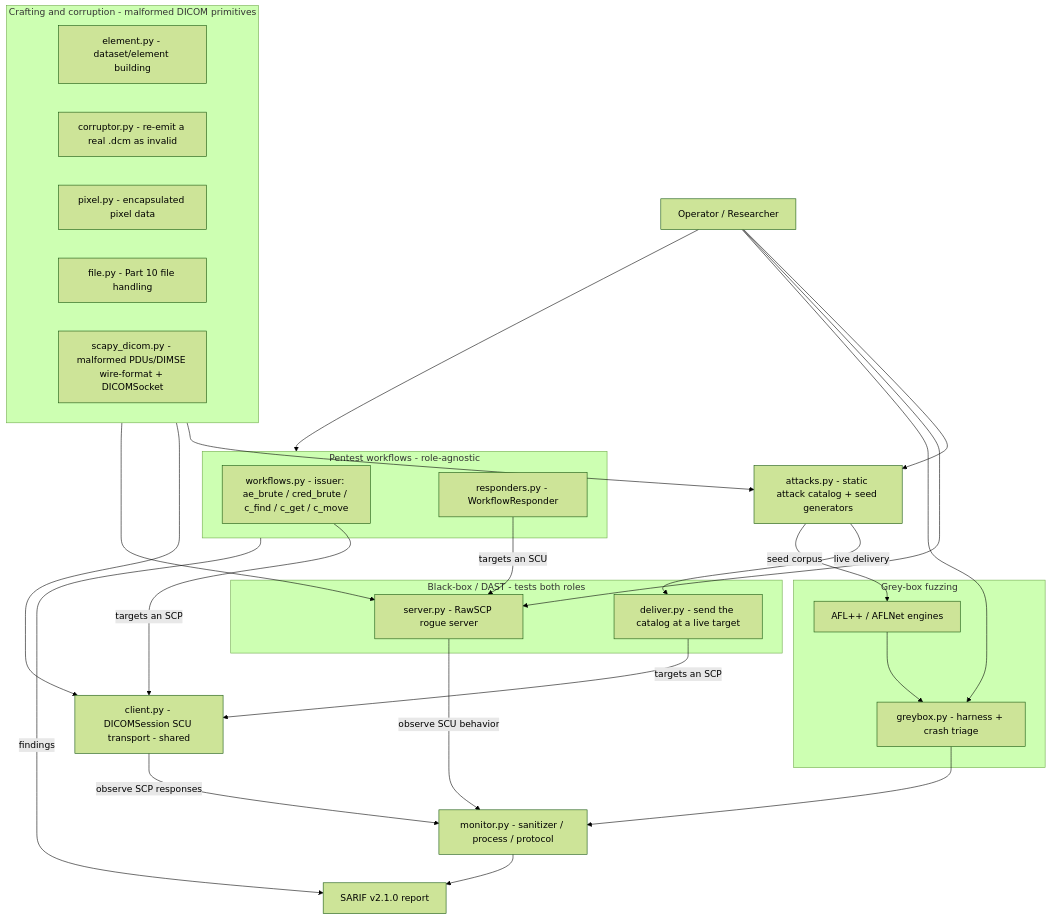
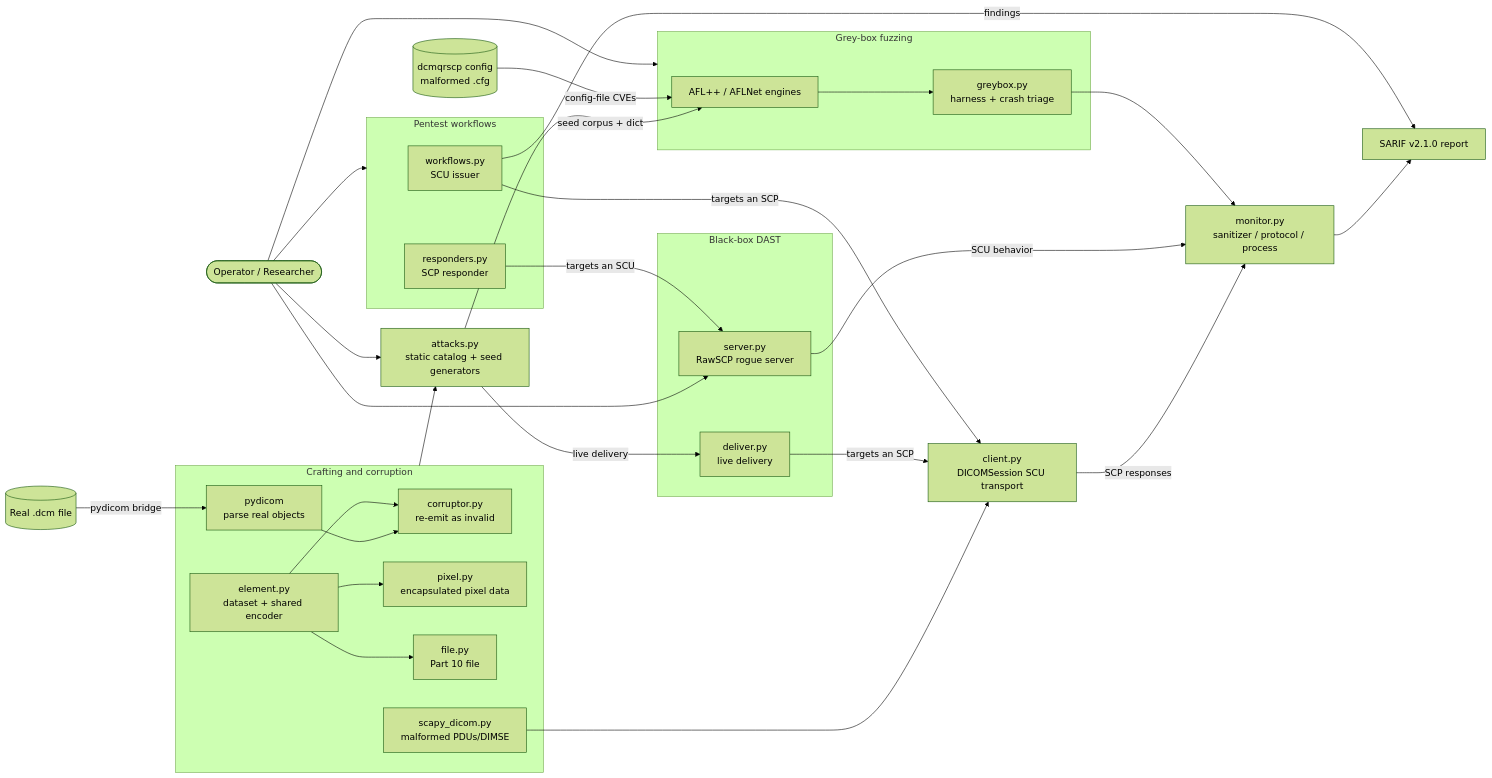
The diagram in README.md (tmart234/C-SCARE), drawn with Mermaid (forest theme) before and after one commit. The commit also changed other lines of this file and 19 other files, not shown here.

````diff
--- a/README.md
+++ b/README.md
@@ -26,63 +30,61 @@
 ```mermaid
-flowchart TD
-    USER[Operator / Researcher]
+flowchart LR
+    OP([Operator / Researcher])
 
-    subgraph CRAFT [Crafting and corruption - malformed DICOM primitives]
-        ELEMENT[element.py - dataset/element building]
-        CORRUPTOR[corruptor.py - re-emit a real .dcm as invalid]
-        PIXEL[pixel.py - encapsulated pixel data]
-        FILE[file.py - Part 10 file handling]
-        SCAPY[scapy_dicom.py - malformed PDUs/DIMSE wire-format + DICOMSocket]
+    %% ---- External inputs ----
+    REALDCM[(Real .dcm file)]
+    CFG[(dcmqrscp config<br/>malformed .cfg)]
+
+    %% ---- Crafting & corruption primitives ----
+    subgraph CRAFT [Crafting and corruption]
+        PYDICOM[pydicom<br/>parse real objects]
+        CORRUPTOR[corruptor.py<br/>re-emit as invalid]
+        ELEMENT[element.py<br/>dataset + shared encoder]
+        PIXEL[pixel.py<br/>encapsulated pixel data]
+        FILE[file.py<br/>Part 10 file]
+        SCAPY[scapy_dicom.py<br/>malformed PDUs/DIMSE]
+        PYDICOM --> CORRUPTOR
+        ELEMENT --> CORRUPTOR & PIXEL & FILE
     end
 
-    CATALOG[attacks.py - static attack catalog + seed generators]
-    CLIENT[client.py - DICOMSession SCU transport - shared]
+    REALDCM -->|pydicom bridge| PYDICOM
 
-    subgraph BLACKBOX [Black-box / DAST - tests both roles]
-        DELIVER[deliver.py - send the catalog at a live target]
-        SERVER[server.py - RawSCP rogue server]
+    CATALOG[attacks.py<br/>static catalog + seed generators]
+    CRAFT --> CATALOG
+
+    %% ---- Three testing pillars ----
+    subgraph WF [Pentest workflows]
+        ISSUER[workflows.py<br/>SCU issuer]
+        RESPONDER[responders.py<br/>SCP responder]
+    end
+    subgraph DAST [Black-box DAST]
+        DELIVER[deliver.py<br/>live delivery]
+        ROGUE[server.py<br/>RawSCP rogue server]
+    end
+    subgraph GB [Grey-box fuzzing]
+        AFL[AFL++ / AFLNet engines]
+        BRIDGE[greybox.py<br/>harness + crash triage]
     end
 
-    subgraph WORKFLOWS [Pentest workflows - role-agnostic]
-        ISSUER[workflows.py - issuer: ae_brute / cred_brute / c_find / c_get / c_move]
-        RESPONDER[responders.py - WorkflowResponder]
-    end
+    CLIENT[client.py<br/>DICOMSession SCU transport]
+    SCAPY --> CLIENT
 
-    subgraph GREYBOX [Grey-box fuzzing]
-        AFL[AFL++ / AFLNet engines]
-        GB[greybox.py - harness + crash triage]
-    end
+    OP --> CATALOG & WF & ROGUE & GB
+    CATALOG -->|live delivery| DELIVER
+    CATALOG -->|seed corpus + dict| AFL
+    CFG -->|config-file CVEs| AFL
 
-    MONITOR[monitor.py - sanitizer / process / protocol]
-    SARIF[SARIF v2.1.0 report]
+    %% Targeting a server (SCP): DAST delivery and issuer workflows share the
+    %% SCU transport; targeting a client (SCU): the rogue server.
+    DELIVER & ISSUER -->|targets an SCP| CLIENT
+    RESPONDER -->|targets an SCU| ROGUE
+    AFL --> BRIDGE
 
-    USER --> CATALOG
-    USER --> SERVER
-    USER --> WORKFLOWS
-    USER --> GB
-
-    %% Crafting/corruption underpins the catalog AND both wire endpoints
-    %% (the SCU transport and the rogue server) - not just one side.
-    CRAFT --> CATALOG
-    CRAFT --> CLIENT
-    CRAFT --> SERVER
-
-    CATALOG -->|live delivery| DELIVER
-    CATALOG -->|seed corpus| AFL
-
-    %% Targeting a server (SCP): DAST delivery and issuer workflows both
-    %% drive the shared SCU transport against an SCP.
-    DELIVER -->|targets an SCP| CLIENT
-    ISSUER -->|targets an SCP| CLIENT
-
-    %% Targeting a client (SCU): the RawSCP rogue server, driven by DAST
-    %% delivery and by responder workflows.
-    RESPONDER -->|targets an SCU| SERVER
-
-    CLIENT -->|observe SCP responses| MONITOR
-    SERVER -->|observe SCU behavior| MONITOR
-    AFL --> GB
-    GB --> MONITOR
-    MONITOR --> SARIF
-    WORKFLOWS -->|findings| SARIF
+    %% ---- Observation + reporting ----
+    MONITOR[monitor.py<br/>sanitizer / protocol / process]
+    CLIENT -->|SCP responses| MONITOR
+    ROGUE -->|SCU behavior| MONITOR
+    BRIDGE --> MONITOR
+    MONITOR --> SARIF[SARIF v2.1.0 report]
+    ISSUER -->|findings| SARIF
 ```
````
